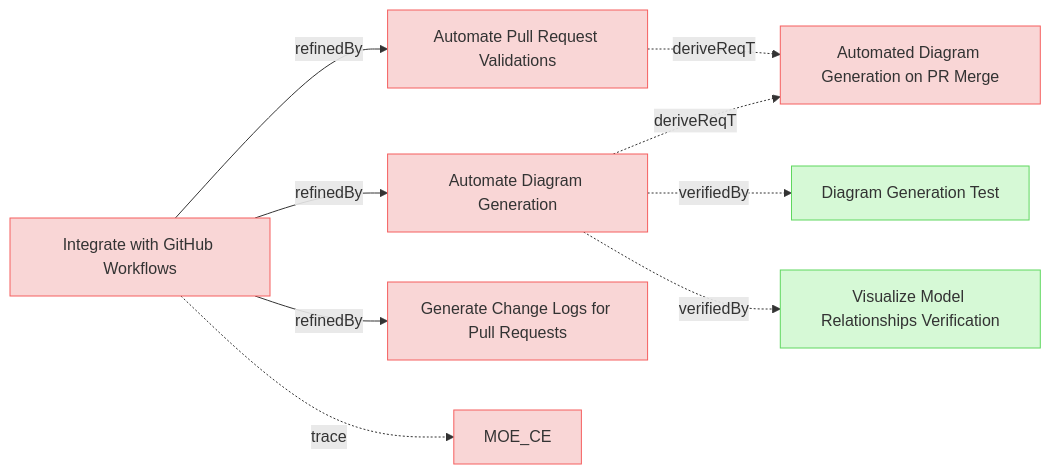
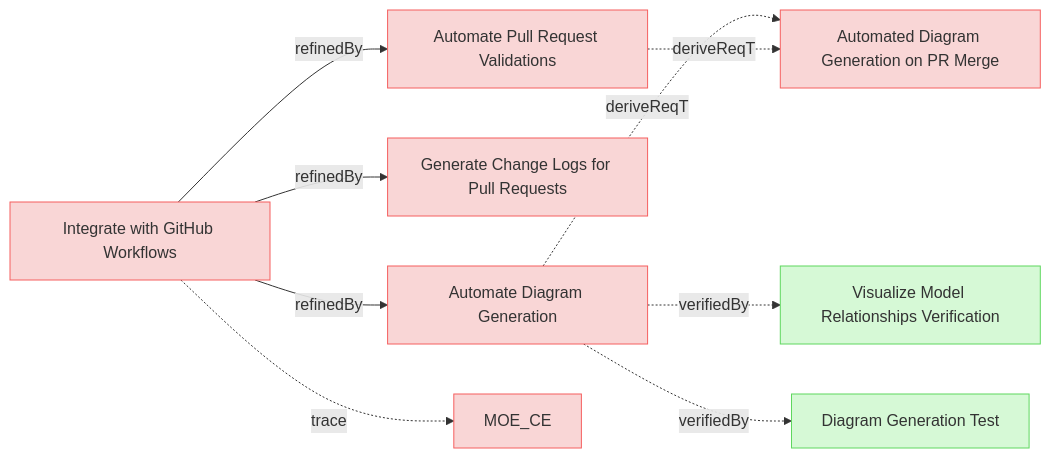
Before and after one commit to reqvire-org/reqvire: the fourth of 9 diagrams in specifications/UserRequirements.md, drawn with Mermaid. The commit also changed other lines of this file and 16 other files, not shown here.

Commit message:
Updates diagrams

````diff
--- a/specifications/UserRequirements.md
+++ b/specifications/UserRequirements.md
@@ -500,42 +500,42 @@
 ```mermaid
 graph LR;
   %% REQVIRE-AUTOGENERATED-DIAGRAM
   %% Graph styling
   classDef requirement fill:#f9d6d6,stroke:#f55f5f,stroke-width:1px;
   classDef verification fill:#d6f9d6,stroke:#5fd75f,stroke-width:1px;
   classDef externalLink fill:#d0e0ff,stroke:#3080ff,stroke-width:1px;
   classDef default fill:#f5f5f5,stroke:#333333,stroke-width:1px;
 
-  15f2f511b2399406["Automate Pull Request Validations"];
-  class 15f2f511b2399406 requirement;
-  click 15f2f511b2399406 "UserRequirements.md#automate-pull-request-validations";
+  98a581084d5542fa["Automate Diagram Generation"];
+  class 98a581084d5542fa requirement;
+  click 98a581084d5542fa "UserRequirements.md#automate-diagram-generation";
   3e3df7ad427a88fa["Automated Diagram Generation on PR Merge"];
   class 3e3df7ad427a88fa requirement;
   click 3e3df7ad427a88fa "SystemRequirements/Requirements.md#automated-diagram-generation-on-pr-merge";
-  15f2f511b2399406 -.->|deriveReqT| 3e3df7ad427a88fa;
-  98a581084d5542fa["Automate Diagram Generation"];
-  class 98a581084d5542fa requirement;
-  click 98a581084d5542fa "UserRequirements.md#automate-diagram-generation";
-  2d2cf67bb8070da8["Diagram Generation Test"];
-  class 2d2cf67bb8070da8 verification;
-  click 2d2cf67bb8070da8 "Verifications/DiagramsTests.md#diagram-generation-test";
-  98a581084d5542fa -.->|verifiedBy| 2d2cf67bb8070da8;
   98a581084d5542fa -.->|deriveReqT| 3e3df7ad427a88fa;
   de8ab093f22a5cd7["Visualize Model Relationships Verification"];
   class de8ab093f22a5cd7 verification;
   click de8ab093f22a5cd7 "Verifications/DiagramsTests.md#visualize-model-relationships-verification";
   98a581084d5542fa -.->|verifiedBy| de8ab093f22a5cd7;
+  2d2cf67bb8070da8["Diagram Generation Test"];
+  class 2d2cf67bb8070da8 verification;
+  click 2d2cf67bb8070da8 "Verifications/DiagramsTests.md#diagram-generation-test";
+  98a581084d5542fa -.->|verifiedBy| 2d2cf67bb8070da8;
   672b444a568468b8["Generate Change Logs for Pull Requests"];
   class 672b444a568468b8 requirement;
   click 672b444a568468b8 "UserRequirements.md#generate-change-logs-for-pull-requests";
+  15f2f511b2399406["Automate Pull Request Validations"];
+  class 15f2f511b2399406 requirement;
+  click 15f2f511b2399406 "UserRequirements.md#automate-pull-request-validations";
+  15f2f511b2399406 -.->|deriveReqT| 3e3df7ad427a88fa;
   98eaeddc27f99e11["Integrate with GitHub Workflows"];
   class 98eaeddc27f99e11 requirement;
   click 98eaeddc27f99e11 "UserStories.md#integrate-with-github-workflows";
   e9ad540a6411a0fc["MOE_CE"];
   class e9ad540a6411a0fc requirement;
   click e9ad540a6411a0fc "MOEs.md#moe_ce";
   98eaeddc27f99e11 -.->|trace| e9ad540a6411a0fc;
-  98eaeddc27f99e11 -->|refinedBy| 15f2f511b2399406;
   98eaeddc27f99e11 -->|refinedBy| 98a581084d5542fa;
   98eaeddc27f99e11 -->|refinedBy| 672b444a568468b8;
+  98eaeddc27f99e11 -->|refinedBy| 15f2f511b2399406;
 ```
````
